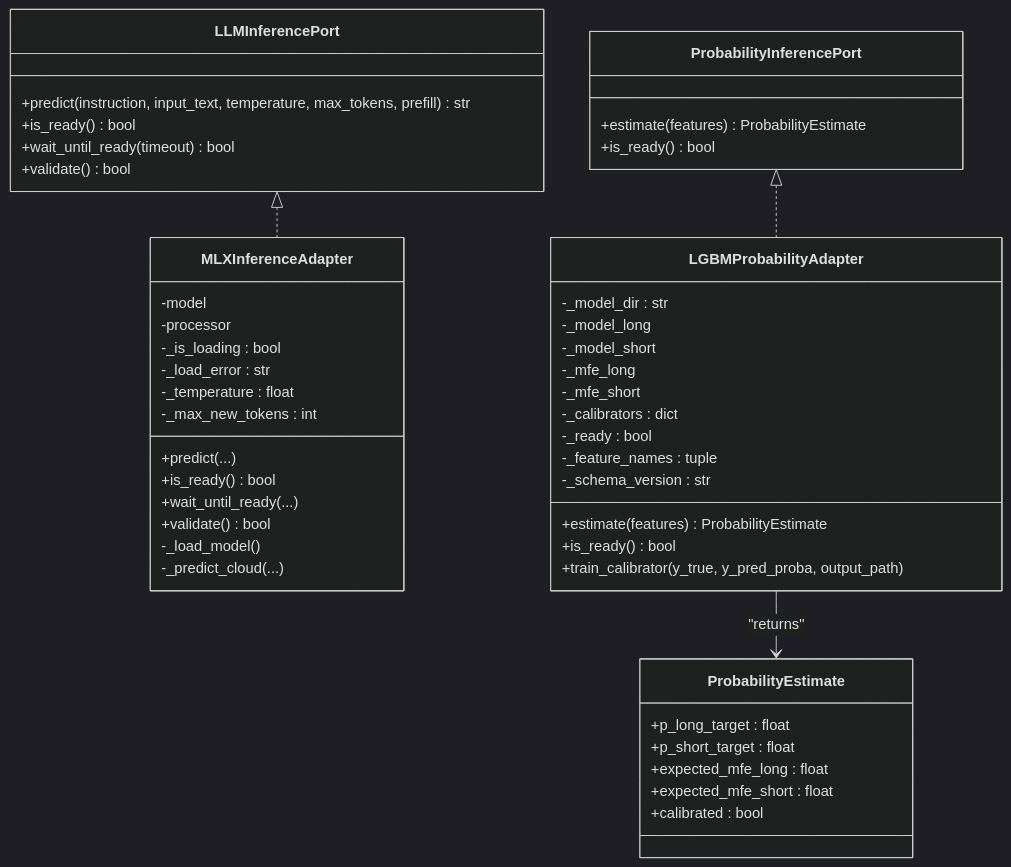
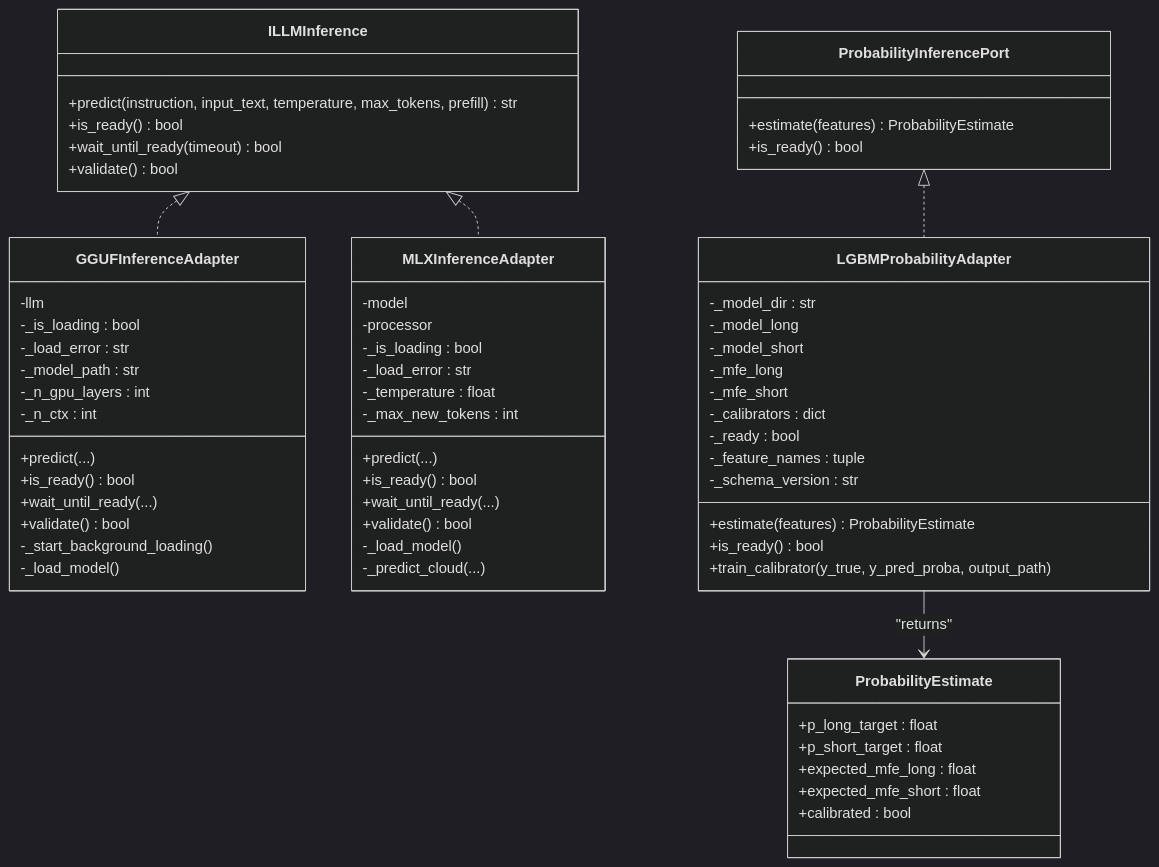
Before and after one commit to gemrajkhatry-maker/v5-of-glassytrade-ai: the second of 6 diagrams in .qoder/repowiki/en/content/Backend Application/Infrastructure Adapters/ML Inference Adapters.md, drawn with Mermaid (dark theme). The commit also changed other lines of this file and 930 other files, not shown here.

````diff
--- a/.qoder/repowiki/en/content/Backend Application/Infrastructure Adapters/ML Inference Adapters.md
+++ b/.qoder/repowiki/en/content/Backend Application/Infrastructure Adapters/ML Inference Adapters.md
@@ -111,51 +132,66 @@
 ```mermaid
 classDiagram
-class LLMInferencePort {
+class ILLMInference {
 +predict(instruction, input_text, temperature, max_tokens, prefill) str
 +is_ready() bool
 +wait_until_ready(timeout) bool
 +validate() bool
+}
+class GGUFInferenceAdapter {
+-llm
+-_is_loading : bool
+-_load_error : str
+-_model_path : str
+-_n_gpu_layers : int
+-_n_ctx : int
++predict(...)
++is_ready() bool
++wait_until_ready(...)
++validate() bool
+-_start_background_loading()
+-_load_model()
 }
 class MLXInferenceAdapter {
 -model
 -processor
 -_is_loading : bool
 -_load_error : str
 -_temperature : float
 -_max_new_tokens : int
 +predict(...)
 +is_ready() bool
 +wait_until_ready(...)
 +validate() bool
 -_load_model()
 -_predict_cloud(...)
 }
 class ProbabilityInferencePort {
 +estimate(features) ProbabilityEstimate
 +is_ready() bool
 }
 class LGBMProbabilityAdapter {
 -_model_dir : str
 -_model_long
 -_model_short
 -_mfe_long
 -_mfe_short
 -_calibrators : dict
 -_ready : bool
 -_feature_names : tuple
 -_schema_version : str
 +estimate(features) ProbabilityEstimate
 +is_ready() bool
 +train_calibrator(y_true, y_pred_proba, output_path)
 }
 class ProbabilityEstimate {
 +p_long_target : float
 +p_short_target : float
 +expected_mfe_long : float
 +expected_mfe_short : float
 +calibrated : bool
 }
-LLMInferencePort <|.. MLXInferenceAdapter
+ILLMInference <|.. GGUFInferenceAdapter
+ILLMInference <|.. MLXInferenceAdapter
 ProbabilityInferencePort <|.. LGBMProbabilityAdapter
 LGBMProbabilityAdapter --> ProbabilityEstimate : "returns"
 ```
````
